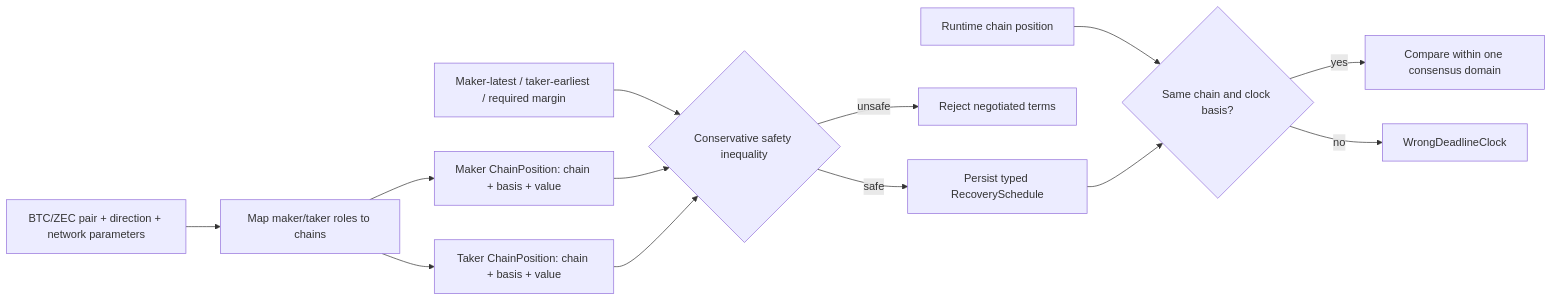
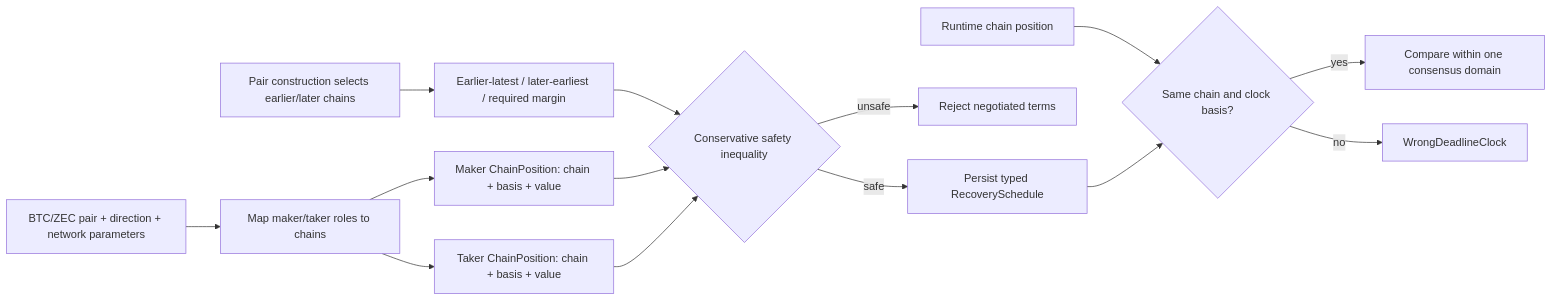
One commit to gateway-fm/lez-atomic-swaps changed the diagram in docs/architecture/0010-typed-cross-chain-deadlines.md. Above: the diagram before and after it, drawn with Mermaid. The commit also changed other lines of this file and 18 other files, not shown here.

````diff
--- a/docs/architecture/0010-typed-cross-chain-deadlines.md
+++ b/docs/architecture/0010-typed-cross-chain-deadlines.md
@@ -6,15 +6,16 @@
 ```mermaid
 flowchart LR
     Terms["BTC/ZEC pair + direction + network parameters"] --> Map["Map maker/taker roles to chains"]
     Map --> Maker["Maker ChainPosition: chain + basis + value"]
     Map --> Taker["Taker ChainPosition: chain + basis + value"]
-    Bounds["Maker-latest / taker-earliest / required margin"] --> Check{"Conservative safety inequality"}
+    Order["Pair construction selects earlier/later chains"] --> Bounds["Earlier-latest / later-earliest / required margin"]
+    Bounds --> Check{"Conservative safety inequality"}
     Maker --> Check
     Taker --> Check
     Check -->|"safe"| Schedule["Persist typed RecoverySchedule"]
     Check -->|"unsafe"| Reject["Reject negotiated terms"]
     Observation["Runtime chain position"] --> Domain{"Same chain and clock basis?"}
     Schedule --> Domain
     Domain -->|"yes"| Compare["Compare within one consensus domain"]
     Domain -->|"no"| ClockError["WrongDeadlineClock"]
 ```
````
